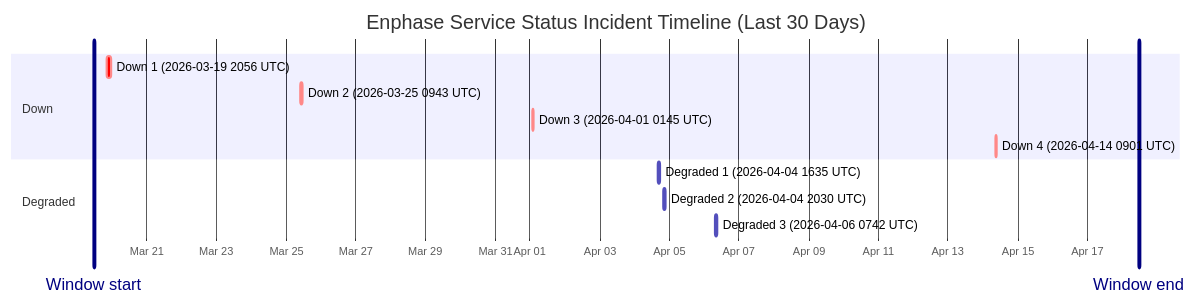
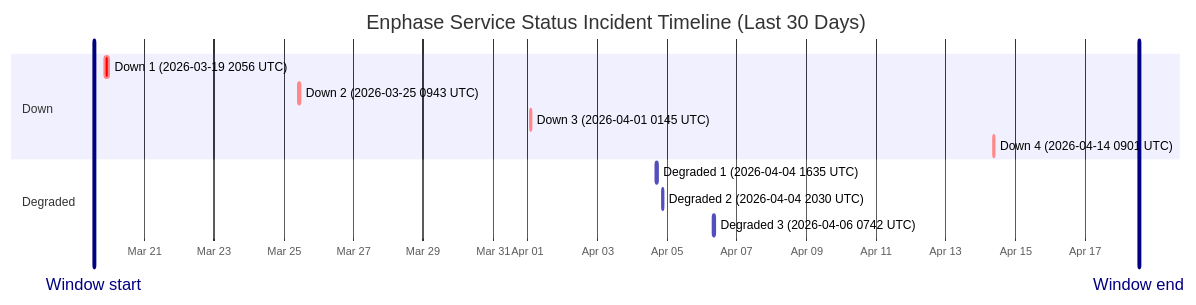
One commit to barneyonline/ha-enphase-ev-charger changed the diagram in wiki/Service-Status-History.md. Above: the diagram before and after it, drawn with Mermaid. The commit also changed other lines of this file and 3 other files, not shown here.

````diff
--- a/wiki/Service-Status-History.md
+++ b/wiki/Service-Status-History.md
@@ -14,17 +14,17 @@
 ```mermaid
 gantt
     title Enphase Service Status Incident Timeline (Last 30 Days)
     dateFormat  YYYY-MM-DDTHH:mm:ss
     axisFormat  %b %d
-    Window start :vert, window-start, 2026-03-19T11:33:38, 0ms
-    Window end :vert, window-end, 2026-04-18T11:33:38, 0ms
+    Window start :vert, window-start, 2026-03-19T13:00:49, 0ms
+    Window end :vert, window-end, 2026-04-18T13:00:49, 0ms
     section Down
     Down 1 (2026-03-19 2056 UTC) :crit, down-1, 2026-03-19T20:56:20, 145m
     Down 2 (2026-03-25 0943 UTC) :crit, down-2, 2026-03-25T09:43:28, 111m
     Down 3 (2026-04-01 0145 UTC) :crit, down-3, 2026-04-01T01:45:09, 60m
     Down 4 (2026-04-14 0901 UTC) :crit, down-4, 2026-04-14T09:01:13, 60m
     section Degraded
     Degraded 1 (2026-04-04 1635 UTC) :active, degraded-1, 2026-04-04T16:35:17, 60m
     Degraded 2 (2026-04-04 2030 UTC) :active, degraded-2, 2026-04-04T20:30:40, 60m
     Degraded 3 (2026-04-06 0742 UTC) :active, degraded-3, 2026-04-06T07:42:09, 85m
 ```
````
